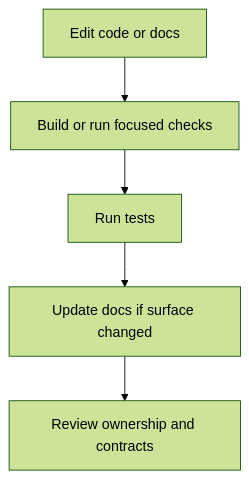
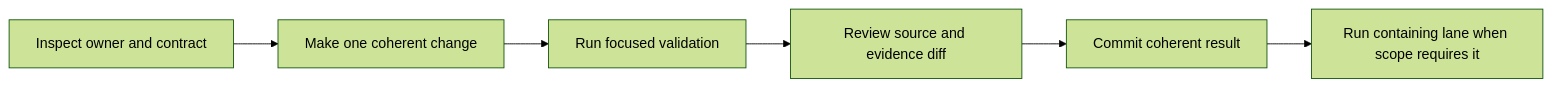
One commit to bijux/bijux-atlas changed the diagram in docs/bijux-atlas-dev/workspace/local-development.md. Above: the diagram before and after it, drawn with Mermaid (forest theme). The commit also changed other lines of this file and 2 other files, not shown here.

Commit message:
docs(contributing): align validation effort with change risk

````diff
--- a/docs/bijux-atlas-dev/workspace/local-development.md
+++ b/docs/bijux-atlas-dev/workspace/local-development.md
@@ -16,7 +39,8 @@
 ```mermaid
-flowchart TD
-    Edit[Edit code or docs] --> Build[Build or run focused checks]
-    Build --> Test[Run tests]
-    Test --> Docs[Update docs if surface changed]
-    Docs --> Review[Review ownership and contracts]
+flowchart LR
+    Inspect[Inspect owner and contract] --> Edit[Make one coherent change]
+    Edit --> Focused[Run focused validation]
+    Focused --> Diff[Review source and evidence diff]
+    Diff --> Commit[Commit coherent result]
+    Commit --> Lane[Run containing lane when scope requires it]
 ```
````
